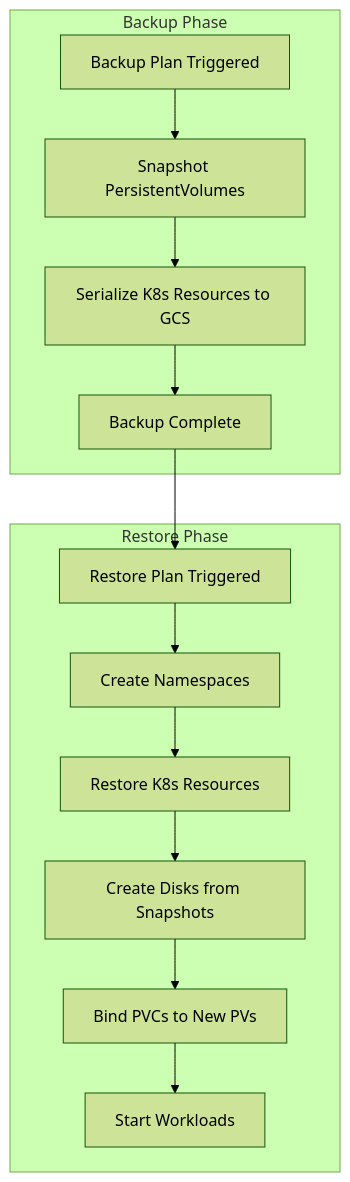
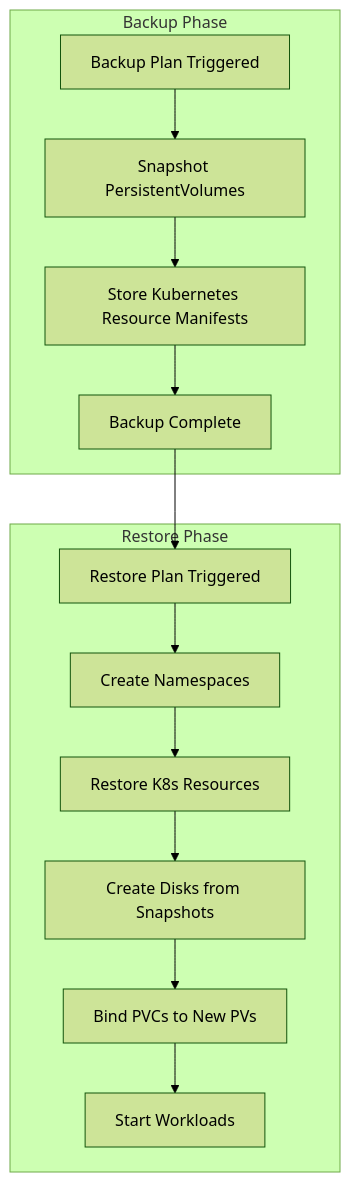
Before and after one commit to OneUptime/blog: the diagram in posts/2026-02-17-how-to-fix-gke-backup-for-gke-restore-failures-and-volume-snapshot-errors/README.md, drawn with Mermaid (forest theme). The commit also changed other lines of this file and 2 other files, not shown here.

````diff
--- a/posts/2026-02-17-how-to-fix-gke-backup-for-gke-restore-failures-and-volume-snapshot-errors/README.md
+++ b/posts/2026-02-17-how-to-fix-gke-backup-for-gke-restore-failures-and-volume-snapshot-errors/README.md
@@ -19,16 +19,16 @@
 ```mermaid
 flowchart TD
     subgraph Backup Phase
         A[Backup Plan Triggered] --> B[Snapshot PersistentVolumes]
-        B --> C[Serialize K8s Resources to GCS]
+        B --> C[Store Kubernetes Resource Manifests]
         C --> D[Backup Complete]
     end
     subgraph Restore Phase
         E[Restore Plan Triggered] --> F[Create Namespaces]
         F --> G[Restore K8s Resources]
         G --> H[Create Disks from Snapshots]
         H --> I[Bind PVCs to New PVs]
         I --> J[Start Workloads]
     end
     D --> E
 ```
````
